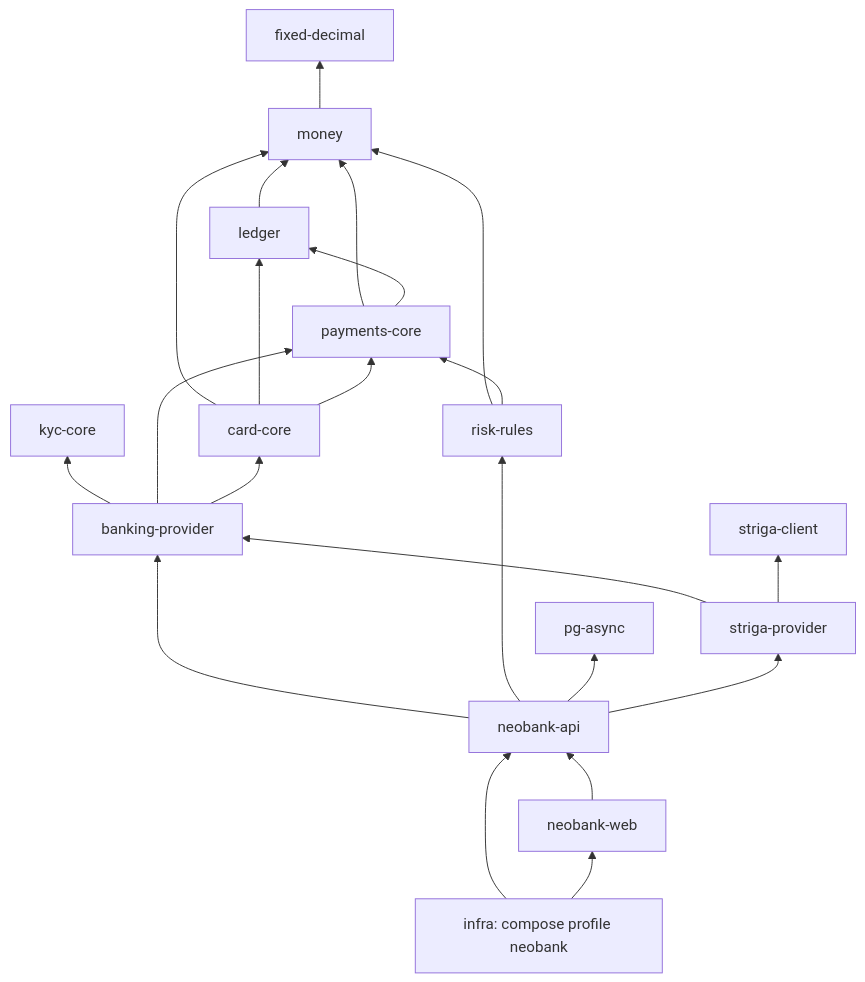
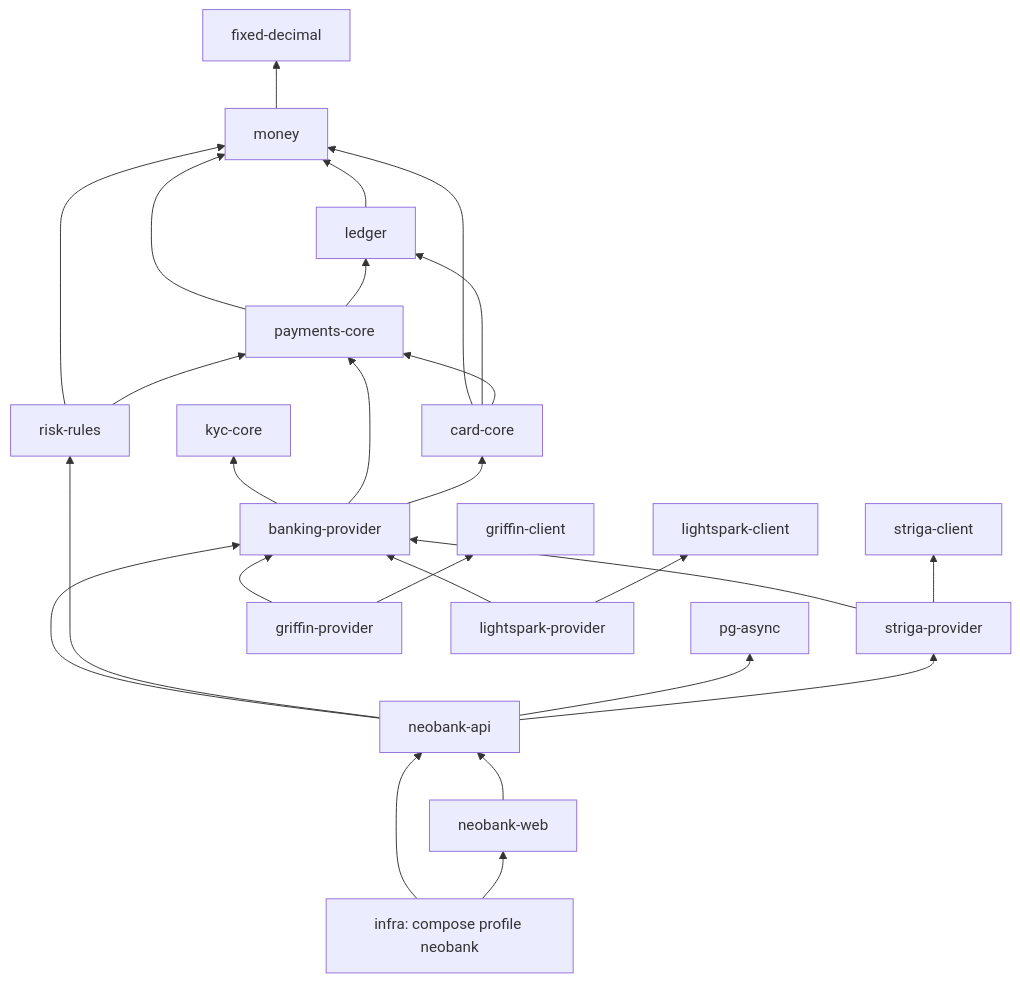
The second of 4 diagrams in design/neobank.md (winterchill-trading/specs), drawn with Mermaid before and after one commit. The commit also changed other lines of this file, not shown here.

Commit message:
docs: neobank provider section lists the griffin and lightspark adapters

````diff
--- a/design/neobank.md
+++ b/design/neobank.md
@@ -128,39 +143,45 @@
 ```mermaid
 graph BT
   fixed_decimal["fixed-decimal"]
   money["money"]
   ledger["ledger"]
   kyc_core["kyc-core"]
   payments_core["payments-core"]
   card_core["card-core"]
   risk_rules["risk-rules"]
   banking_provider["banking-provider"]
   pg_async["pg-async"]
   striga_client["striga-client"]
   striga_provider["striga-provider"]
+  griffin_provider["griffin-provider"]
+  lightspark_provider["lightspark-provider"]
   neobank_api["neobank-api"]
   neobank_web["neobank-web"]
   compose["infra: compose profile neobank"]
 
   money --> fixed_decimal
   ledger --> money
   payments_core --> money
   payments_core --> ledger
   card_core --> money
   card_core --> ledger
   card_core --> payments_core
   risk_rules --> money
   risk_rules --> payments_core
   banking_provider --> kyc_core
   banking_provider --> payments_core
   banking_provider --> card_core
   striga_provider --> banking_provider
   striga_provider --> striga_client
+  griffin_provider --> banking_provider
+  griffin_provider --> griffin_client["griffin-client"]
+  lightspark_provider --> banking_provider
+  lightspark_provider --> lightspark_client["lightspark-client"]
   neobank_api --> banking_provider
   neobank_api --> risk_rules
   neobank_api --> pg_async
   neobank_api --> striga_provider
   neobank_web --> neobank_api
   compose --> neobank_api
   compose --> neobank_web
 ```
````
